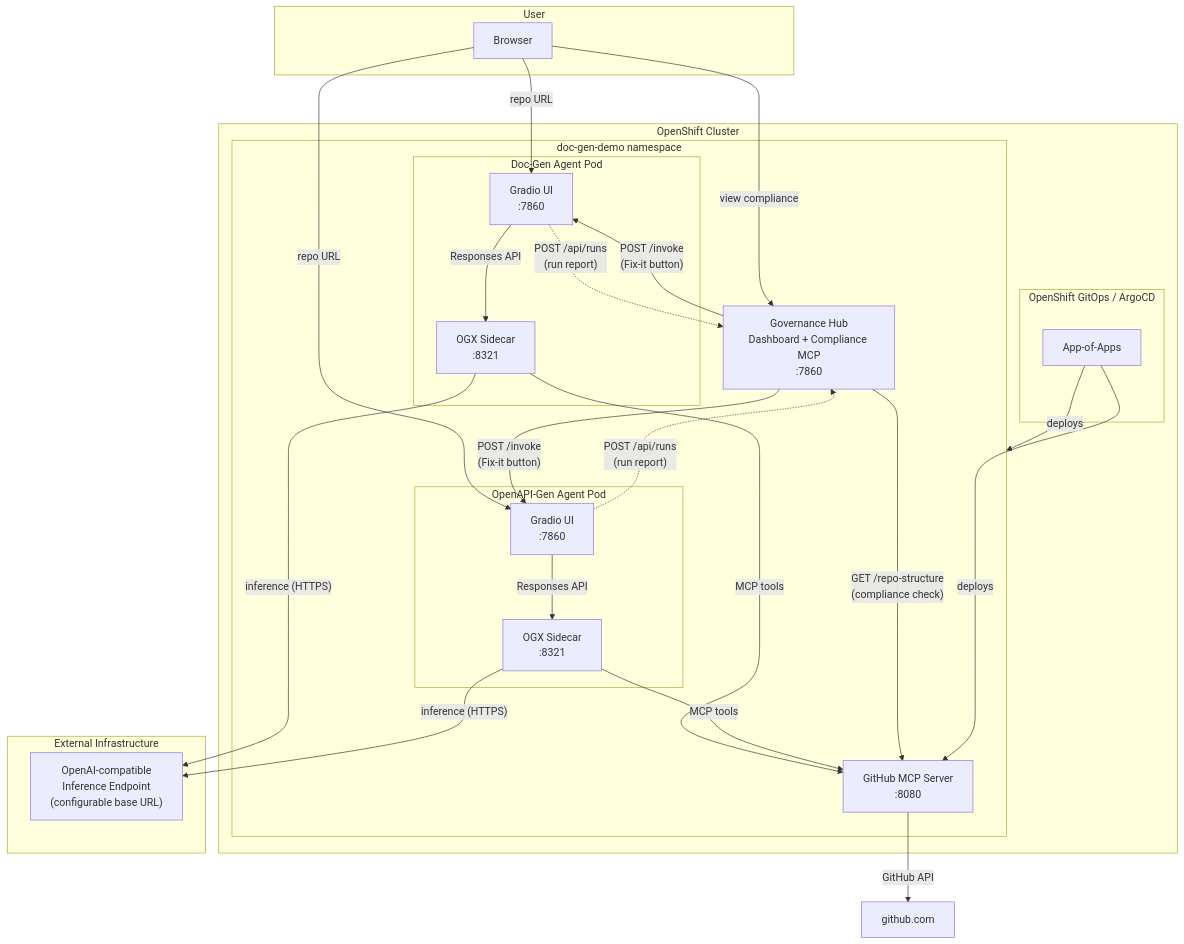
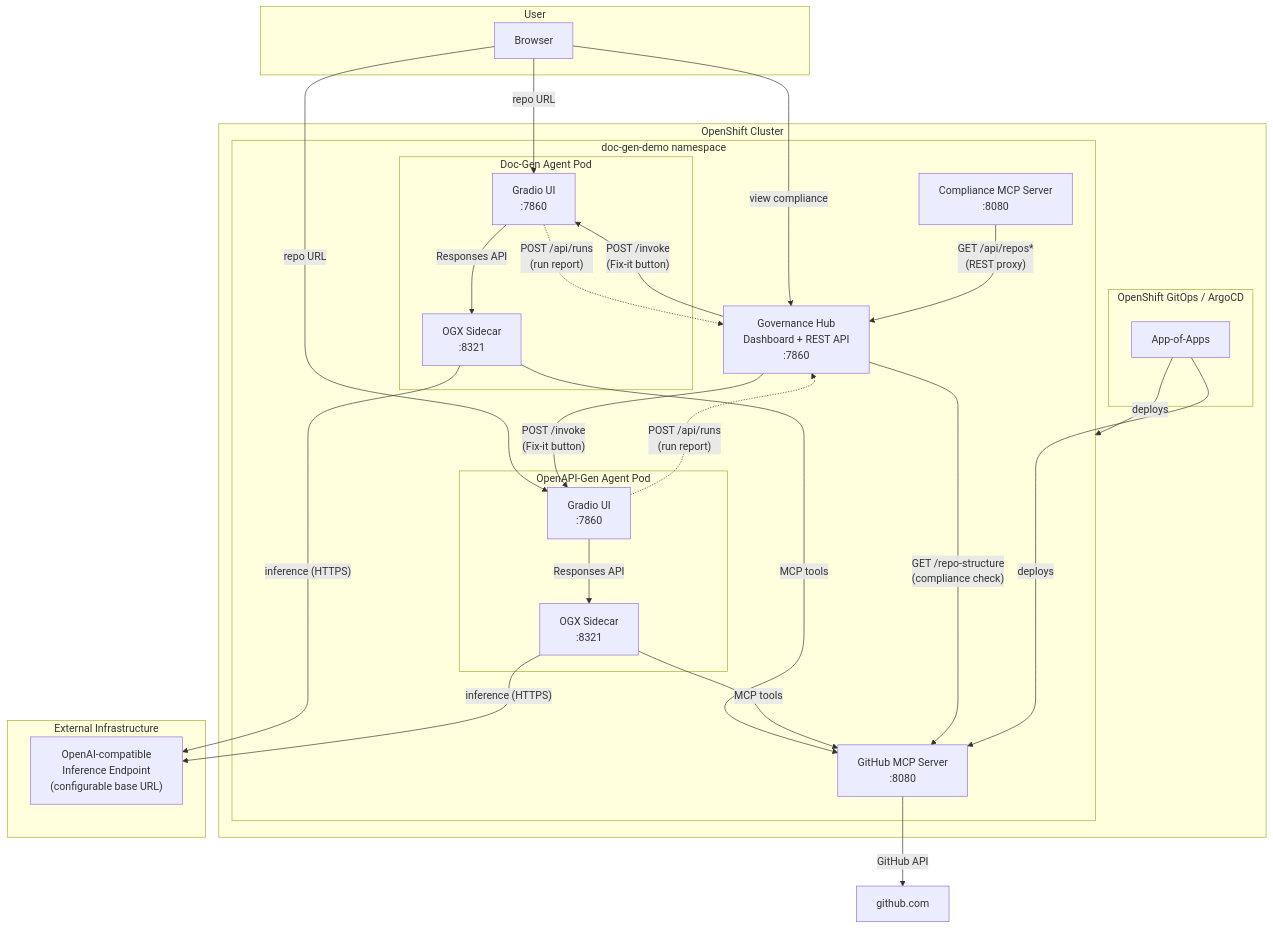
Before and after one commit to matteo-grimaldi/agentic-doc-generation: the first of 2 diagrams in README.md, drawn with Mermaid. The commit also changed other lines of this file and 14 other files, not shown here.

Commit message:
disembedding mcp server

````diff
--- a/README.md
+++ b/README.md
@@ -37,47 +40,49 @@
 ```mermaid
 flowchart TB
     subgraph user [User]
         Browser
     end
 
     subgraph ocp [OpenShift Cluster]
         subgraph gitops [OpenShift GitOps / ArgoCD]
             AppOfApps["App-of-Apps"]
         end
 
         subgraph demo_ns [doc-gen-demo namespace]
             subgraph doc_pod [Doc-Gen Agent Pod]
                 DocGradio["Gradio UI\n:7860"]
                 DocOGX["OGX Sidecar\n:8321"]
             end
             subgraph api_pod [OpenAPI-Gen Agent Pod]
                 ApiGradio["Gradio UI\n:7860"]
                 ApiOGX["OGX Sidecar\n:8321"]
             end
             GitHubMCP["GitHub MCP Server\n:8080"]
-            GovHub["Governance Hub\nDashboard + Compliance MCP\n:7860"]
+            GovHub["Governance Hub\nDashboard + REST API\n:7860"]
+            ComplianceMCP["Compliance MCP Server\n:8080"]
         end
     end
 
     subgraph external [External Infrastructure]
         InferenceEndpoint["OpenAI-compatible\nInference Endpoint\n(configurable base URL)"]
     end
 
     Browser -->|"repo URL"| DocGradio
     Browser -->|"repo URL"| ApiGradio
     DocGradio -->|"Responses API"| DocOGX
     ApiGradio -->|"Responses API"| ApiOGX
     DocOGX -->|"MCP tools"| GitHubMCP
     ApiOGX -->|"MCP tools"| GitHubMCP
     DocOGX -->|"inference (HTTPS)"| InferenceEndpoint
     ApiOGX -->|"inference (HTTPS)"| InferenceEndpoint
     GitHubMCP -->|"GitHub API"| GitHub["github.com"]
     Browser -->|"view compliance"| GovHub
     DocGradio -.->|"POST /api/runs\n(run report)"| GovHub
     ApiGradio -.->|"POST /api/runs\n(run report)"| GovHub
     GovHub -->|"POST /invoke\n(Fix-it button)"| DocGradio
     GovHub -->|"POST /invoke\n(Fix-it button)"| ApiGradio
     GovHub -->|"GET /repo-structure\n(compliance check)"| GitHubMCP
+    ComplianceMCP -->|"GET /api/repos*\n(REST proxy)"| GovHub
     AppOfApps -->|deploys| GitHubMCP
     AppOfApps -->|deploys| demo_ns
 ```
````
